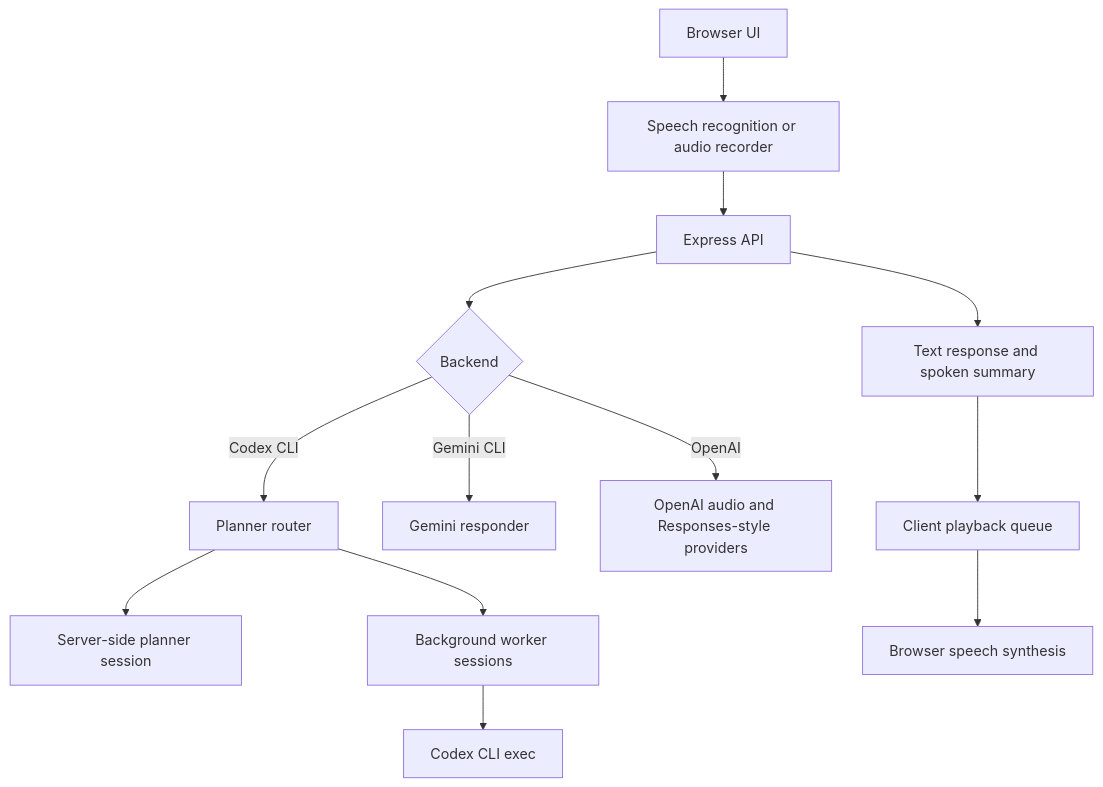
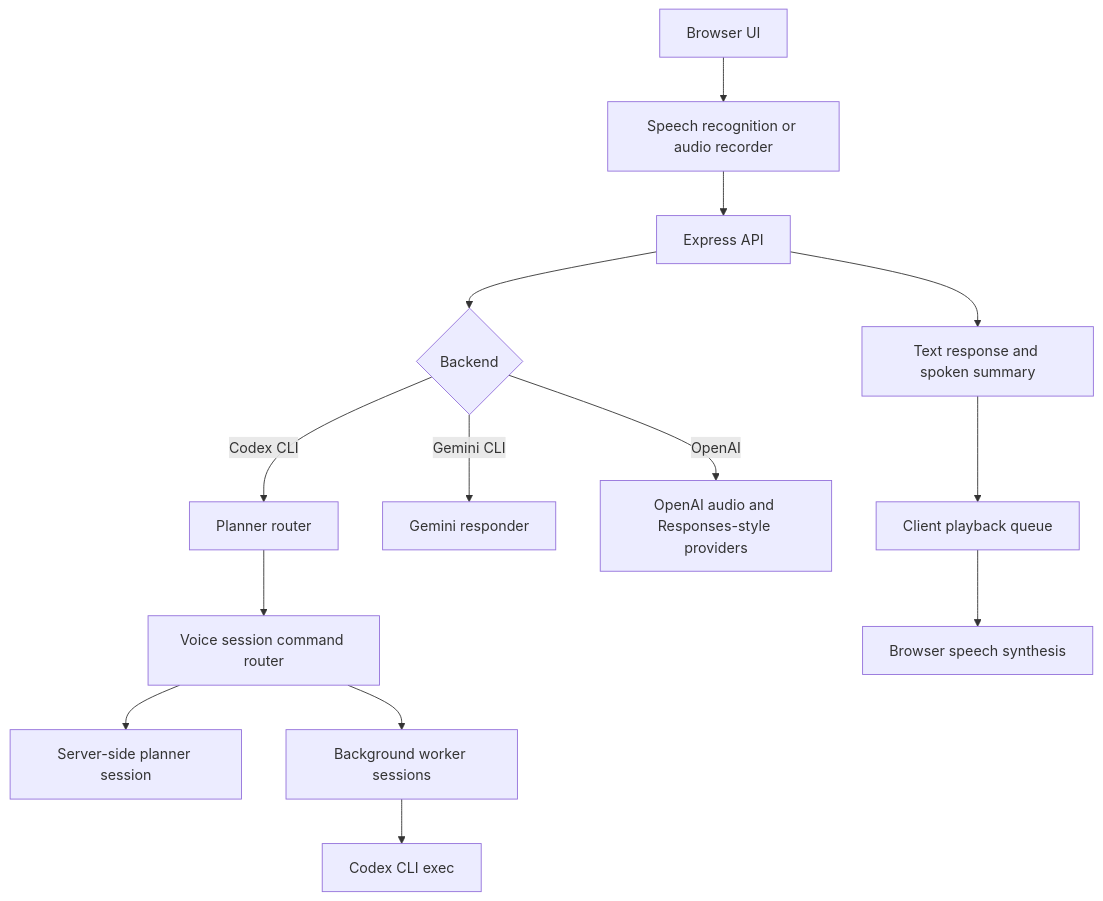
The diagram in docs/ARCHITECTURE.md (danox46/local-voice-assistant), drawn with Mermaid before and after one commit. The commit also changed other lines of this file and 14 other files, not shown here.

Commit message:
Add voice-native session controls

````diff
--- a/docs/ARCHITECTURE.md
+++ b/docs/ARCHITECTURE.md
@@ -5,15 +5,16 @@
 ```mermaid
 flowchart TD
   A["Browser UI"] --> B["Speech recognition or audio recorder"]
   B --> C["Express API"]
   C --> D{"Backend"}
   D -->|"Codex CLI"| E["Planner router"]
   D -->|"Gemini CLI"| F["Gemini responder"]
   D -->|"OpenAI"| G["OpenAI audio and Responses-style providers"]
-  E --> H["Server-side planner session"]
-  E --> I["Background worker sessions"]
+  E --> N["Voice session command router"]
+  N --> H["Server-side planner session"]
+  N --> I["Background worker sessions"]
   I --> J["Codex CLI exec"]
   C --> K["Text response and spoken summary"]
   K --> L["Client playback queue"]
   L --> M["Browser speech synthesis"]
 ```
````
